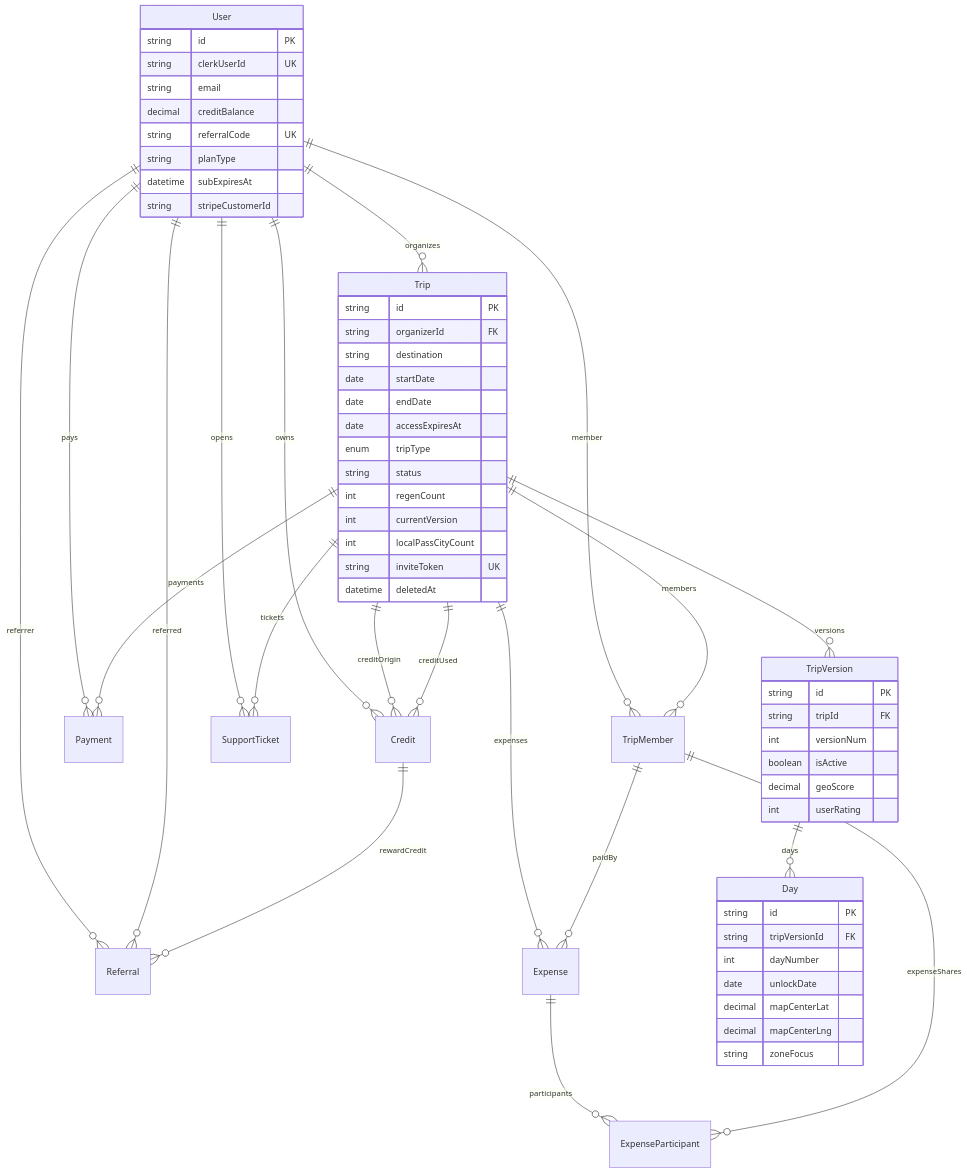
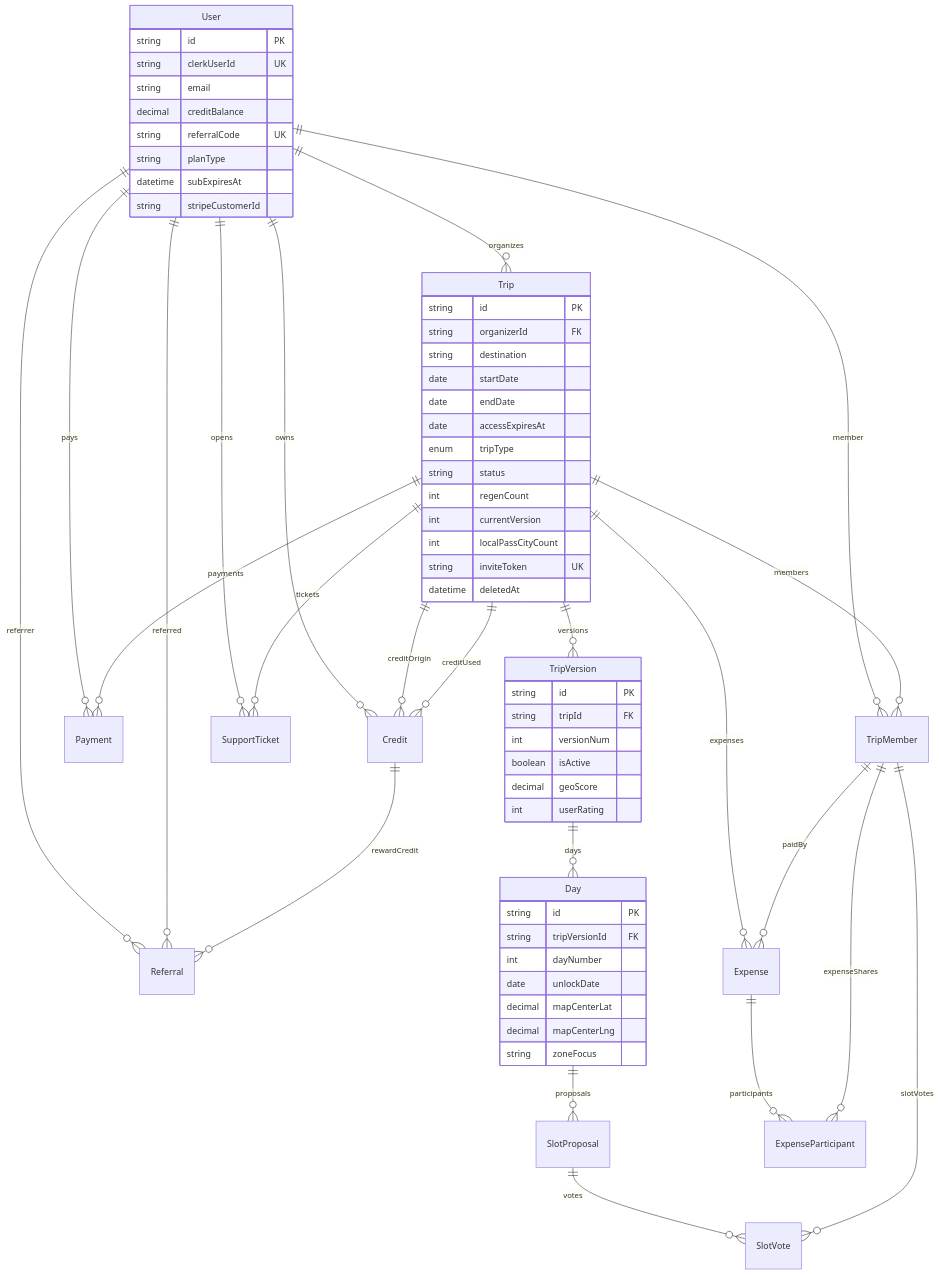
Before and after one commit to tonypis1/EasyTripSaaS: the diagram in easytrip-saas/architecture-docs/03_DATABASE.md, drawn with Mermaid. The commit also changed other lines of this file and 34 other files, not shown here.

````diff
--- a/easytrip-saas/architecture-docs/03_DATABASE.md
+++ b/easytrip-saas/architecture-docs/03_DATABASE.md
@@ -16,72 +16,75 @@
 ```mermaid
 erDiagram
   User ||--o{ Trip : organizes
   User ||--o{ TripMember : member
   User ||--o{ Payment : pays
   User ||--o{ Credit : owns
   User ||--o{ SupportTicket : opens
   User ||--o{ Referral : referrer
   User ||--o{ Referral : referred
 
   Trip ||--o{ TripVersion : versions
   Trip ||--o{ TripMember : members
   Trip ||--o{ Expense : expenses
   Trip ||--o{ Payment : payments
   Trip ||--o{ Credit : creditOrigin
   Trip ||--o{ Credit : creditUsed
   Trip ||--o{ SupportTicket : tickets
 
   TripVersion ||--o{ Day : days
+  Day ||--o{ SlotProposal : proposals
+  SlotProposal ||--o{ SlotVote : votes
+  TripMember ||--o{ SlotVote : slotVotes
 
   TripMember ||--o{ Expense : paidBy
   Expense ||--o{ ExpenseParticipant : participants
   TripMember ||--o{ ExpenseParticipant : expenseShares
 
   Credit ||--o{ Referral : rewardCredit
 
   User {
     string id PK
     string clerkUserId UK
     string email
     decimal creditBalance
     string referralCode UK
     string planType
     datetime subExpiresAt
     string stripeCustomerId
   }
 
   Trip {
     string id PK
     string organizerId FK
     string destination
     date startDate
     date endDate
     date accessExpiresAt
     enum tripType
     string status
     int regenCount
     int currentVersion
     int localPassCityCount
     string inviteToken UK
     datetime deletedAt
   }
 
   TripVersion {
     string id PK
     string tripId FK
     int versionNum
     boolean isActive
     decimal geoScore
     int userRating
   }
 
   Day {
     string id PK
     string tripVersionId FK
     int dayNumber
     date unlockDate
     decimal mapCenterLat
     decimal mapCenterLng
     string zoneFocus
   }
 ```
````
